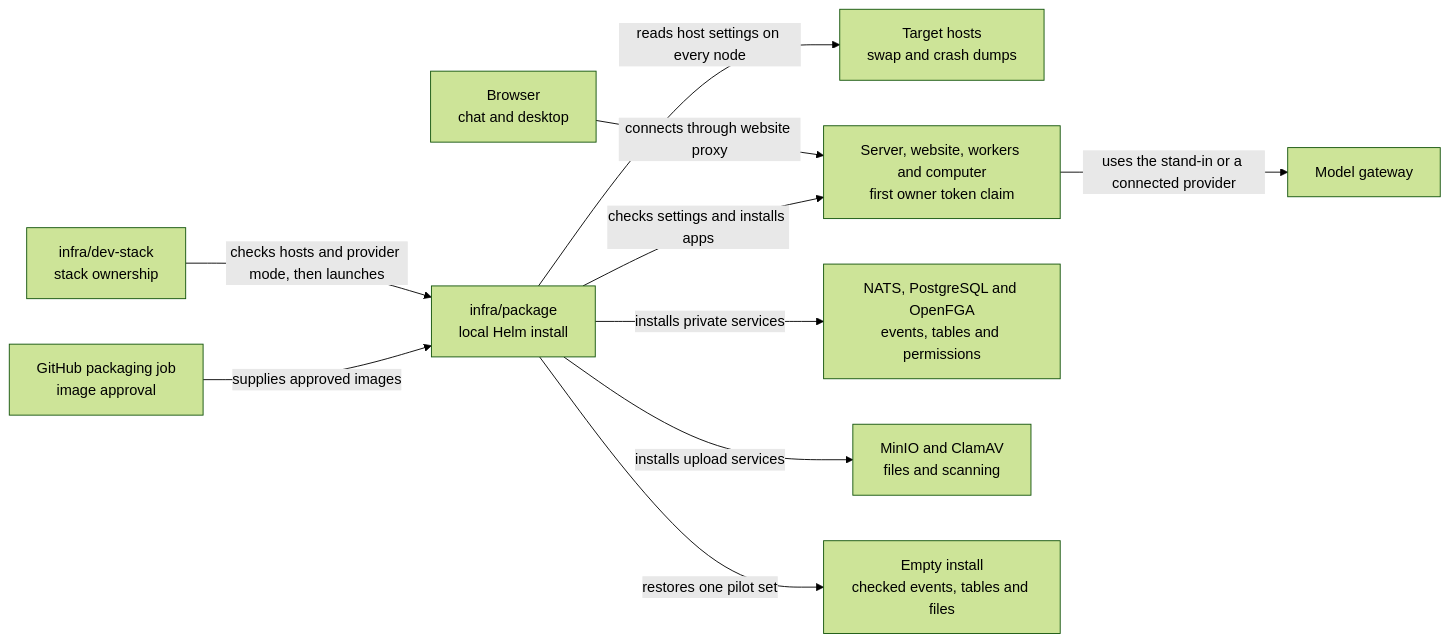
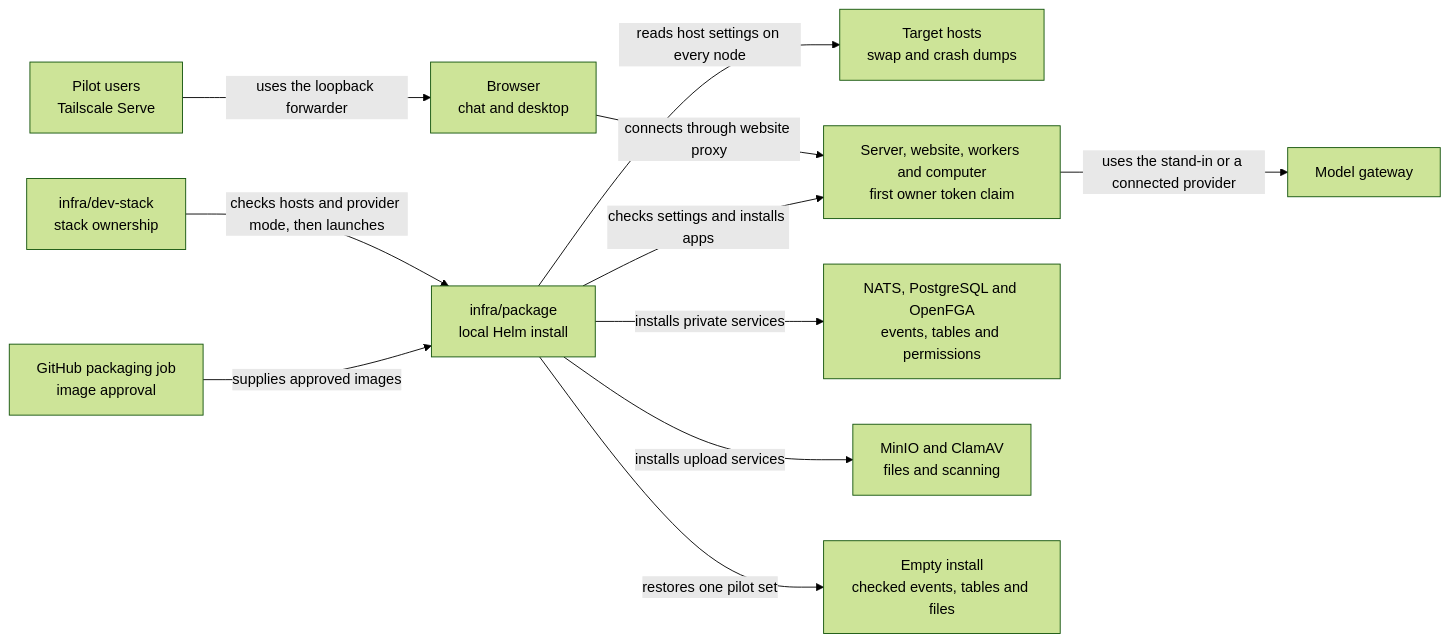
Before and after one commit to elewa-git/opencrane-new: the diagram in infra/package/README.md, drawn with Mermaid (forest theme). The commit also changed other lines of this file and 6 other files, not shown here.

Commit message:
📘 Document the tailnet pilot cut-over and prepare its sign-in

````diff
--- a/infra/package/README.md
+++ b/infra/package/README.md
@@ -18,12 +19,13 @@
 ```mermaid
 flowchart LR
   stack["infra/dev-stack<br/>stack ownership"] -->|checks hosts and provider mode, then launches| package["infra/package<br/>local Helm install"]
   packaging["GitHub packaging job<br/>image approval"] -->|supplies approved images| package
   package -->|reads host settings on every node| hosts["Target hosts<br/>swap and crash dumps"]
   browser["Browser<br/>chat and desktop"] -->|connects through website proxy| apps
+  tailnet["Pilot users<br/>Tailscale Serve"] -->|uses the loopback forwarder| browser
   package -->|checks settings and installs apps| apps["Server, website, workers and computer<br/>first owner token claim"]
   package -->|installs private services| services["NATS, PostgreSQL and OpenFGA<br/>events, tables and permissions"]
   apps -->|uses the stand-in or a connected provider| models["Model gateway"]
   package -->|installs upload services| files["MinIO and ClamAV<br/>files and scanning"]
   package -->|restores one pilot set| restore["Empty install<br/>checked events, tables and files"]
 ```
````
